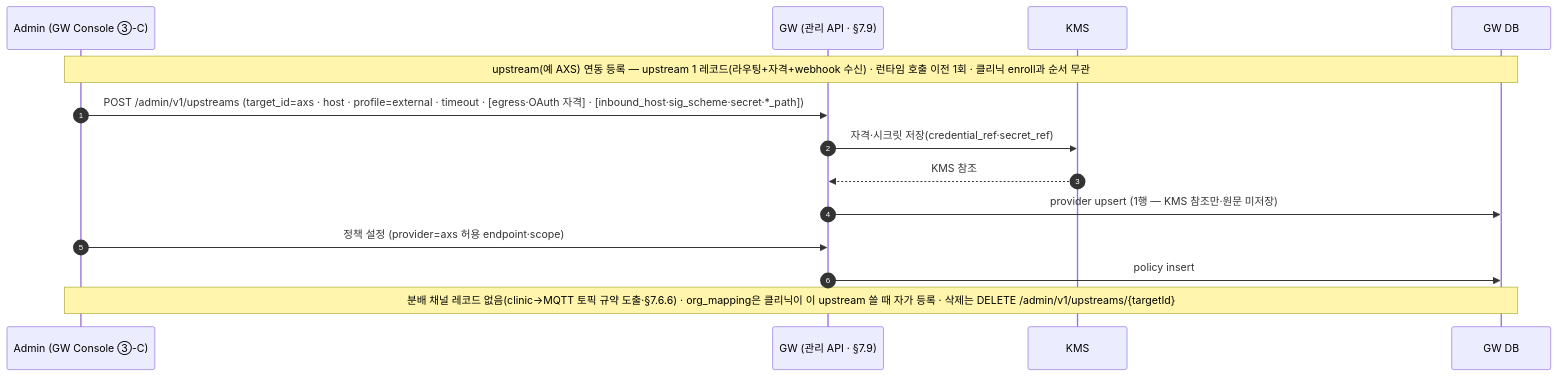
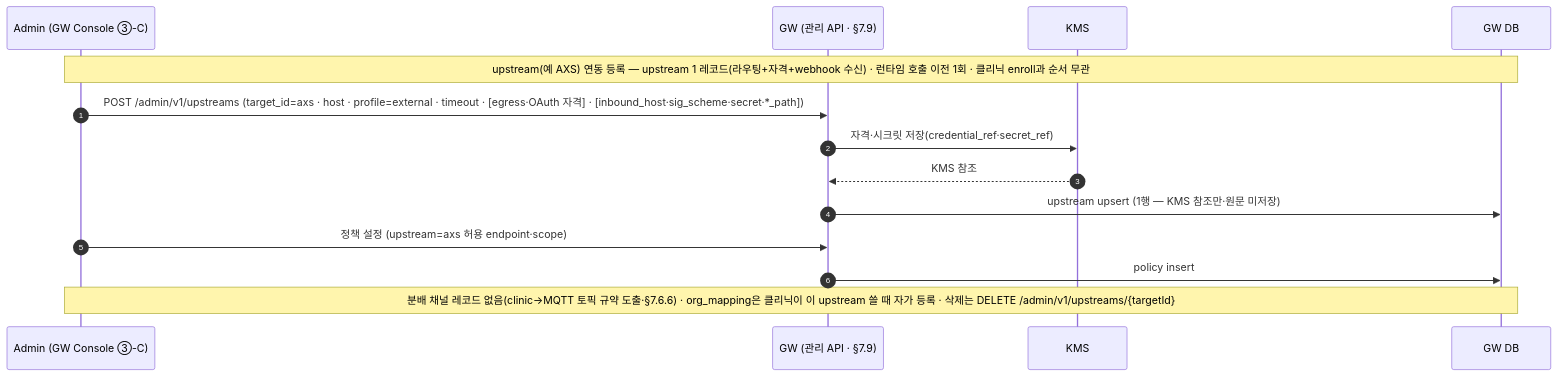
Diagram 13 of 19 in docs/VT_API_Gateway/08.VT_API_Gateway/specs/03-srs-gateway/SRS.md (gracegyu/scp-architecture), drawn with Mermaid before and after one commit. The commit also changed other lines of this file and 5 other files, not shown here.

````diff
--- a/docs/VT_API_Gateway/08.VT_API_Gateway/specs/03-srs-gateway/SRS.md
+++ b/docs/VT_API_Gateway/08.VT_API_Gateway/specs/03-srs-gateway/SRS.md
@@ -644,16 +683,16 @@
 ```mermaid
 sequenceDiagram
     autonumber
     participant OP as Admin (GW Console ③-C)
     participant GW as GW (관리 API · §7.9)
     participant KMS as KMS
     participant DB as GW DB
     Note over OP,DB: upstream(예 AXS) 연동 등록 — upstream 1 레코드(라우팅+자격+webhook 수신) · 런타임 호출 이전 1회 · 클리닉 enroll과 순서 무관
     OP->>GW: POST /admin/v1/upstreams (target_id=axs · host · profile=external · timeout · [egress·OAuth 자격] · [inbound_host·sig_scheme·secret·*_path])
     GW->>KMS: 자격·시크릿 저장(credential_ref·secret_ref)
     KMS-->>GW: KMS 참조
-    GW->>DB: provider upsert (1행 — KMS 참조만·원문 미저장)
-    OP->>GW: 정책 설정 (provider=axs 허용 endpoint·scope)
+    GW->>DB: upstream upsert (1행 — KMS 참조만·원문 미저장)
+    OP->>GW: 정책 설정 (upstream=axs 허용 endpoint·scope)
     GW->>DB: policy insert
     Note over OP,DB: 분배 채널 레코드 없음(clinic→MQTT 토픽 규약 도출·§7.6.6) · org_mapping은 클리닉이 이 upstream 쓸 때 자가 등록 · 삭제는 DELETE /admin/v1/upstreams/{targetId}
 ```
````
